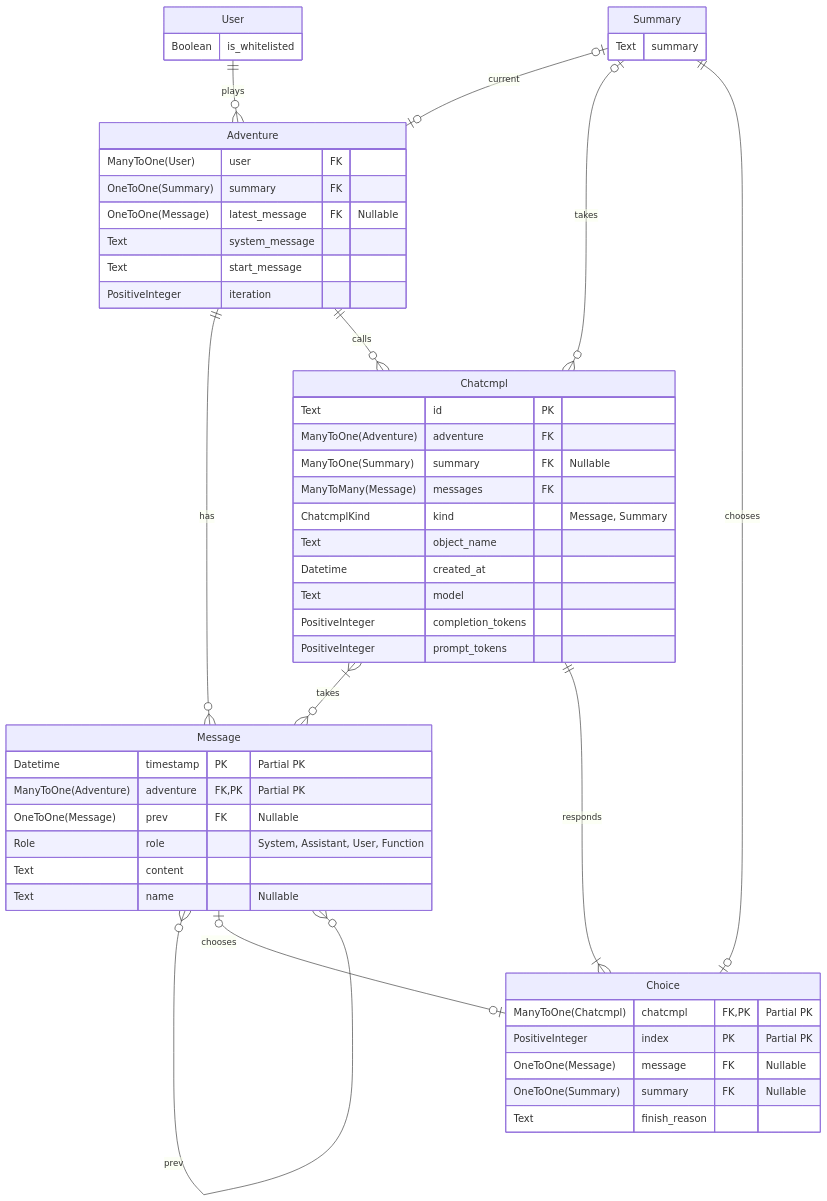
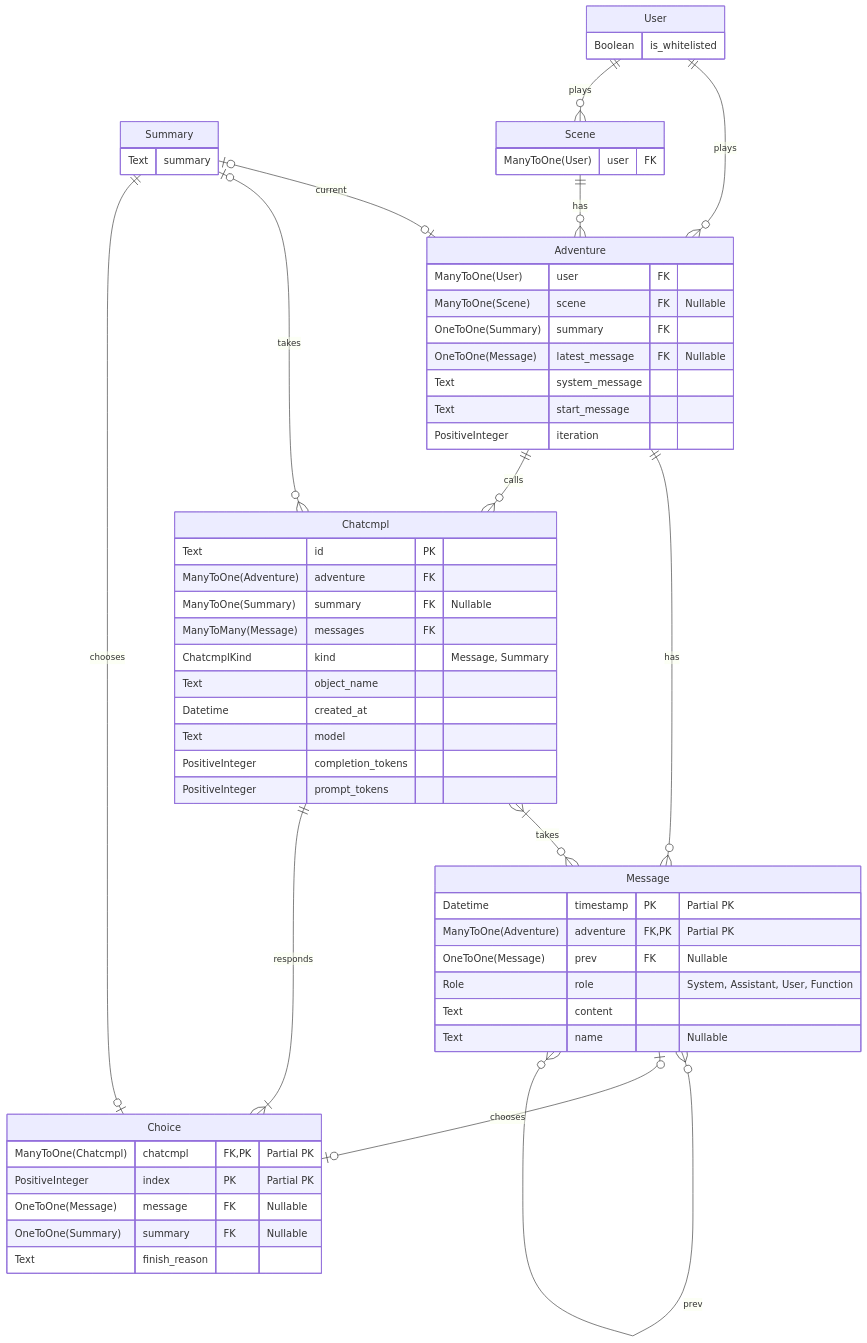
One commit to LioQing/verbose-adventure changed the third of 3 diagrams in README.md. Above: the diagram before and after it, drawn with Mermaid. The commit also changed other lines of this file and 1 other file, not shown here.

Commit message:
Update diagrams for scenes

````diff
--- a/README.md
+++ b/README.md
@@ -67,70 +96,78 @@
 ```mermaid
-
 erDiagram
     User {
         Boolean is_whitelisted
     }
 
+    Summary {
+        Text summary
+    }
+
+    Scene {
+        ManyToOne(User) user FK
+    }
+
     Adventure {
         ManyToOne(User) user FK
+        ManyToOne(Scene) scene FK "Nullable"
         OneToOne(Summary) summary FK
         OneToOne(Message) latest_message FK "Nullable"
         Text system_message
         Text start_message
         PositiveInteger iteration
     }
 
     Chatcmpl {
         Text id PK
         ManyToOne(Adventure) adventure FK
         ManyToOne(Summary) summary FK "Nullable"
         ManyToMany(Message) messages FK
         ChatcmplKind kind "Message, Summary"
         Text object_name
         Datetime created_at
         Text model
         PositiveInteger completion_tokens
         PositiveInteger prompt_tokens
-    }
-
-    Summary {
-        Text summary
     }
 
     Message {
         Datetime timestamp PK "Partial PK"
         ManyToOne(Adventure) adventure FK,PK "Partial PK"
         OneToOne(Message) prev FK "Nullable"
         Role role "System, Assistant, User, Function"
         Text content
         Text name "Nullable"
     }
 
     Choice {
         ManyToOne(Chatcmpl) chatcmpl FK,PK "Partial PK"
         PositiveInteger index PK "Partial PK"
         OneToOne(Message) message FK "Nullable"
         OneToOne(Summary) summary FK "Nullable"
         Text finish_reason
     }
 
     User ||--o{ Adventure : plays
 
+    User ||--o{ Scene : plays
+
+    Scene ||--o{ Adventure : has
+
     Message }o--o{ Message : prev
 
     Adventure ||--o{ Message : has
 
     Adventure ||--o{ Chatcmpl : calls
 
     Chatcmpl }|--o{ Message : takes
 
     Chatcmpl ||--|{ Choice : responds
 
     Summary |o--o| Adventure : current
 
     Summary |o--o{ Chatcmpl : takes
 
     Summary ||--o| Choice : chooses
 
     Message |o--o| Choice : chooses
 ```
````
